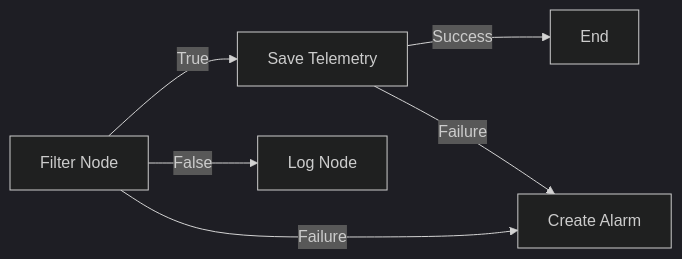
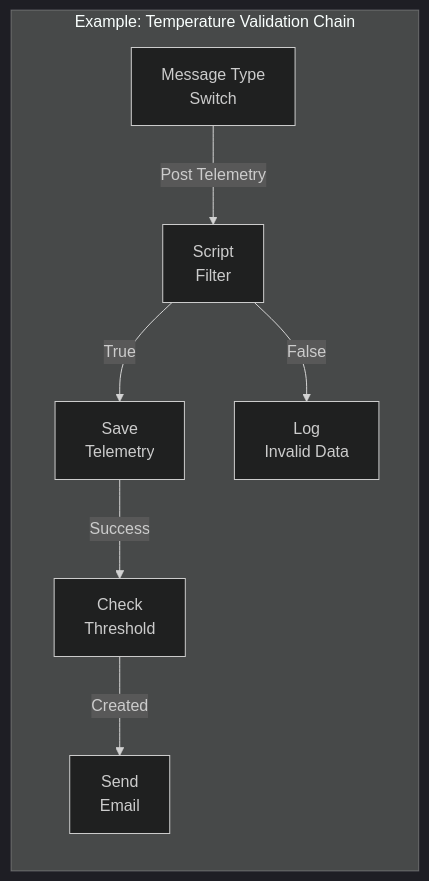
Before and after one commit to vx-daniel/tb-docs-project: the fourth of 10 diagrams in docs/04-rule-engine/README.md, drawn with Mermaid (dark theme). The commit also changed other lines of this file and 37 other files, not shown here.

````diff
--- a/docs/04-rule-engine/README.md
+++ b/docs/04-rule-engine/README.md
@@ -118,9 +94,10 @@
 ```mermaid
 graph LR
-    FILTER[Filter Node] -->|True| SAVE[Save Telemetry]
-    FILTER -->|False| LOG[Log Node]
-    FILTER -->|Failure| ALERT[Create Alarm]
-
-    SAVE -->|Success| DONE[End]
-    SAVE -->|Failure| ALERT
+    subgraph "Example: Temperature Validation Chain"
+        INPUT[Message Type<br/>Switch] -->|Post Telemetry| FILTER[Script<br/>Filter]
+        FILTER -->|True| SAVE[Save<br/>Telemetry]
+        FILTER -->|False| LOG[Log<br/>Invalid Data]
+        SAVE -->|Success| ALARM[Check<br/>Threshold]
+        ALARM -->|Created| EMAIL[Send<br/>Email]
+    end
 ```
````
